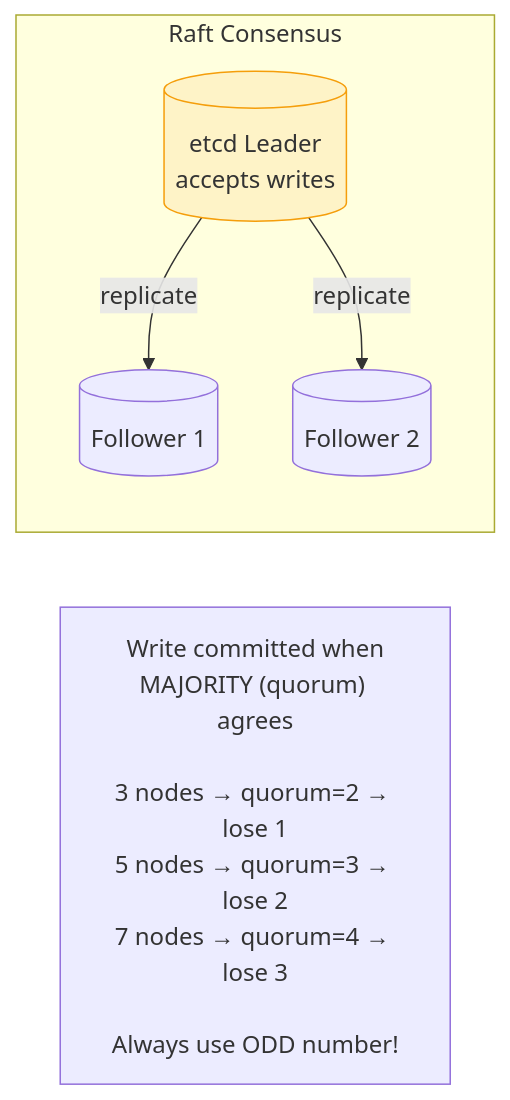
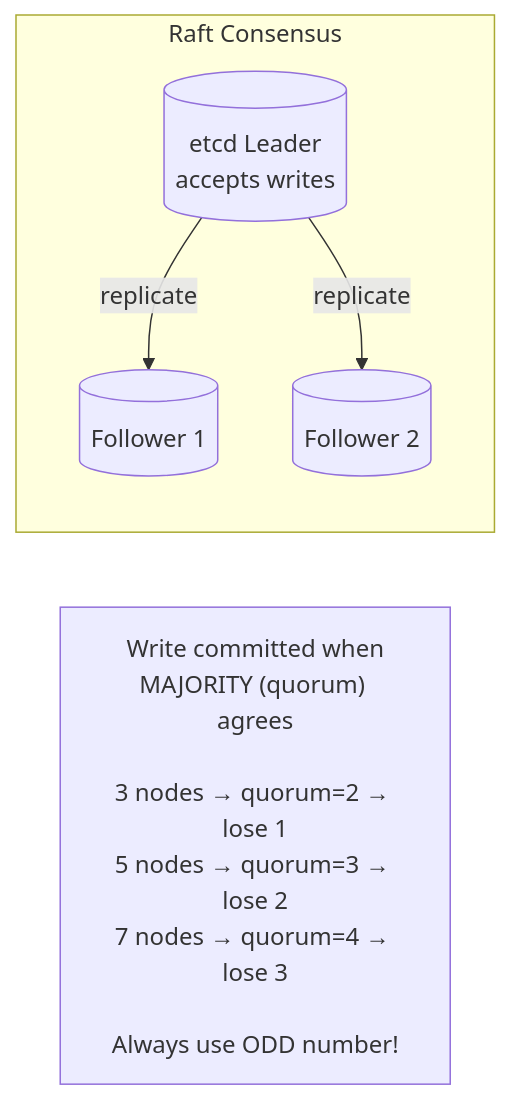
The third of 4 diagrams in content/cka/12-design-install-kubeadm/overview/overview.md (Gautam4424/k8slearn-content), drawn with Mermaid before and after one commit. The commit also changed other lines of this file and 40 other files, not shown here.

Commit message:
chore: fix mermaid style regex

````diff
--- a/content/cka/12-design-install-kubeadm/overview/overview.md
+++ b/content/cka/12-design-install-kubeadm/overview/overview.md
@@ -250,10 +243,8 @@
 ```mermaid
 flowchart LR
     subgraph RAFT["Raft Consensus"]
         L[("etcd Leader\naccepts writes")] -->|replicate| F1[("Follower 1")]
         L -->|replicate| F2[("Follower 2")]
     end
     NOTE["Write committed when\nMAJORITY (quorum) agrees\n\n3 nodes → quorum=2 → lose 1\n5 nodes → quorum=3 → lose 2\n7 nodes → quorum=4 → lose 3\n\nAlways use ODD number!"]
-
-    style L fill:#fef3c7,stroke:#f59e0b
 ```
````
